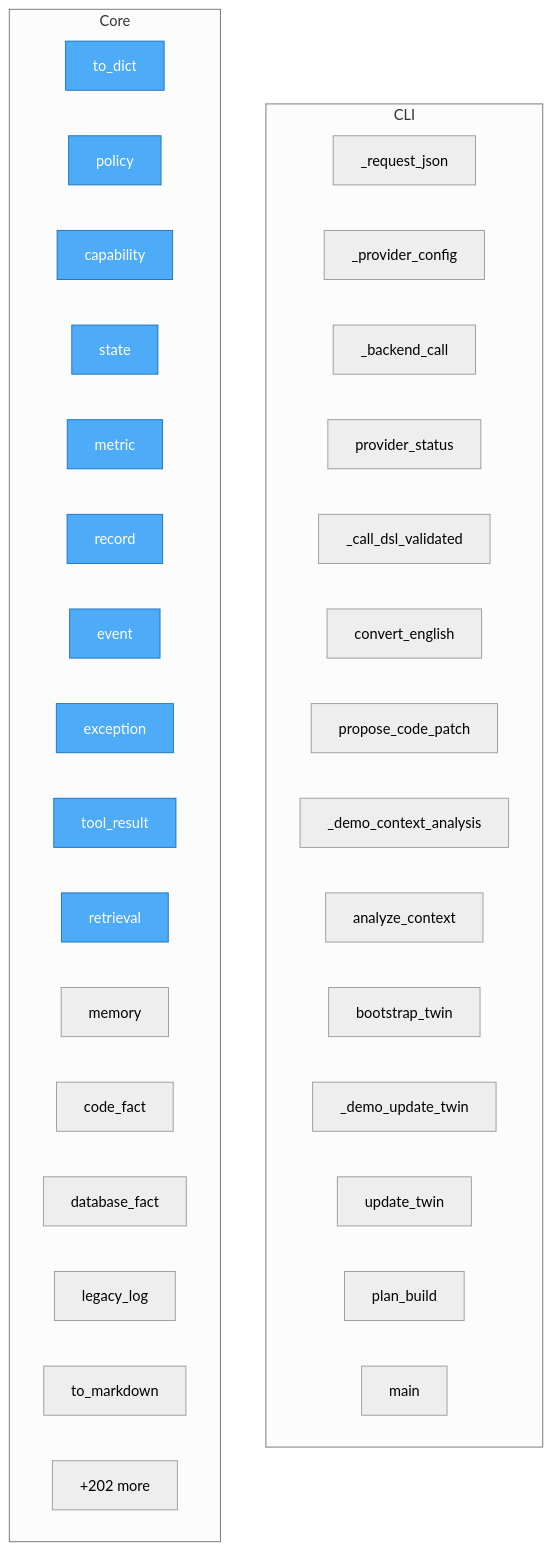
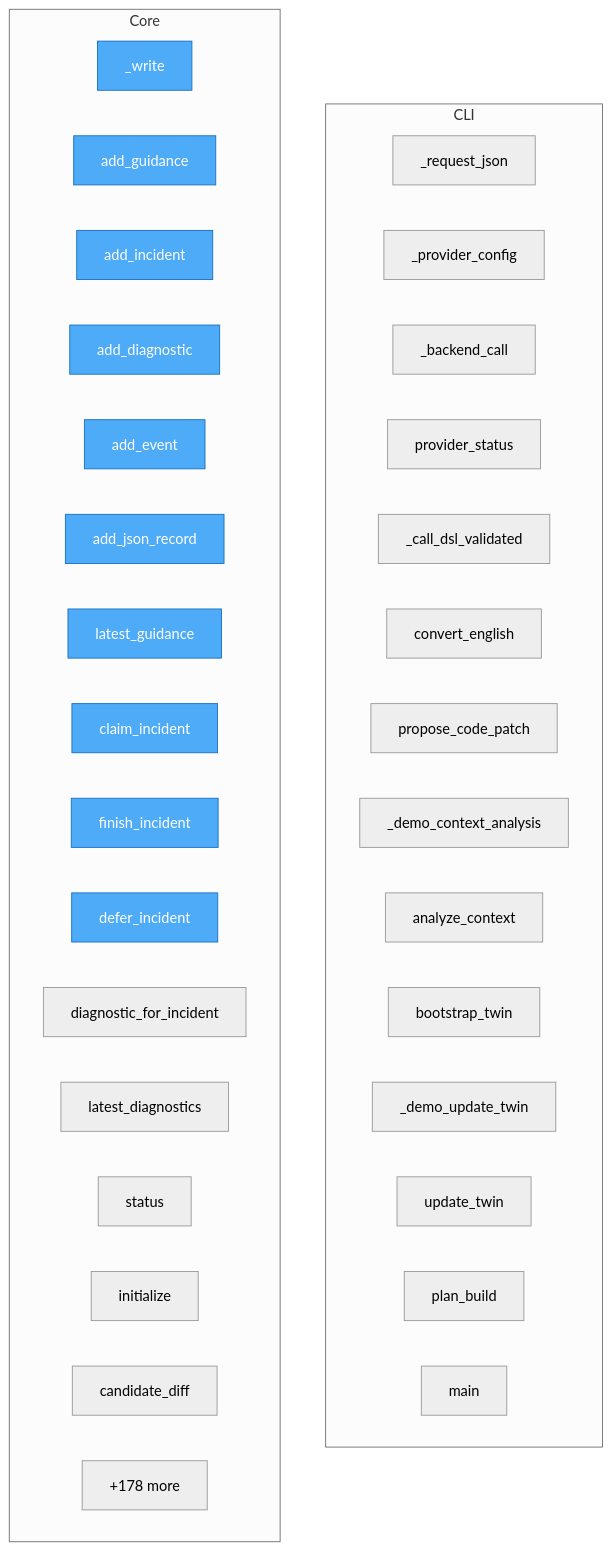
The diagram in project/flow.mmd (tom-sapletta-com/onlyDSL), drawn with Mermaid (neutral theme) before and after one commit. The commit also changed 44 other files, not shown here.

```diff
--- a/project/flow.mmd
+++ b/project/flow.mmd
@@ -1,43 +1,43 @@
 flowchart TD
 %% generated in 0.02s
 
     %% Entry points (blue)
     classDef entry fill:#4dabf7,stroke:#1971c2,color:#fff
 
     subgraph CLI
         llm_client___request_json["_request_json"]
         llm_client___provider_config["_provider_config"]
         llm_client___backend_call["_backend_call"]
         llm_client__provider_status["provider_status"]
         llm_client___call_dsl_validated["_call_dsl_validated"]
         llm_client__convert_english["convert_english"]
         llm_client__propose_code_patch["propose_code_patch"]
         llm_client___demo_context_analysis["_demo_context_analysis"]
         llm_client__analyze_context["analyze_context"]
         llm_client__bootstrap_twin["bootstrap_twin"]
         llm_client___demo_update_twin["_demo_update_twin"]
         llm_client__update_twin["update_twin"]
         llm_client__plan_build["plan_build"]
         onlydsl__cli__main["main"]
     end
 
     subgraph Core
-        contextdsl__ContextDocument__to_dict["to_dict"]
-        contextdsl__ContextCompiler__policy["policy"]
-        contextdsl__ContextCompiler__capability["capability"]
-        contextdsl__ContextCompiler__state["state"]
-        contextdsl__ContextCompiler__metric["metric"]
-        contextdsl__ContextCompiler__record["record"]
-        contextdsl__ContextCompiler__event["event"]
-        contextdsl__ContextCompiler__exception["exception"]
-        contextdsl__ContextCompiler__tool_result["tool_result"]
-        contextdsl__ContextCompiler__retrieval["retrieval"]
-        contextdsl__ContextCompiler__memory["memory"]
-        contextdsl__ContextCompiler__code_fact["code_fact"]
-        contextdsl__ContextCompiler__database_fact["database_fact"]
-        contextdsl__ContextCompiler__legacy_log["legacy_log"]
-        contextdsl__ContextCompiler__to_markdown["to_markdown"]
-        ...["+202 more"]
+        evolution__EvolutionStore___write["_write"]
+        evolution__EvolutionStore__add_guidance["add_guidance"]
+        evolution__EvolutionStore__add_incident["add_incident"]
+        evolution__EvolutionStore__add_diagnostic["add_diagnostic"]
+        evolution__EvolutionStore__add_event["add_event"]
+        evolution__EvolutionStore__add_json_record["add_json_record"]
+        evolution__EvolutionStore__latest_guidance["latest_guidance"]
+        evolution__EvolutionStore__claim_incident["claim_incident"]
+        evolution__EvolutionStore__finish_incident["finish_incident"]
+        evolution__EvolutionStore__defer_incident["defer_incident"]
+        evolution__EvolutionStore__diagnostic_for_incident["diagnostic_for_incident"]
+        evolution__EvolutionStore__latest_diagnostics["latest_diagnostics"]
+        evolution__EvolutionStore__status["status"]
+        packages__onlydsl_ssot__src__onlydsl_ssot__writer__SsotStore__initialize["initialize"]
+        packages__onlydsl_ssot__src__onlydsl_ssot__writer__SsotStore__candidate_diff["candidate_diff"]
+        ...["+178 more"]
     end
 
-    class contextdsl__ContextDocument__to_dict,contextdsl__ContextCompiler__policy,contextdsl__ContextCompiler__capability,contextdsl__ContextCompiler__state,contextdsl__ContextCompiler__metric,contextdsl__ContextCompiler__record,contextdsl__ContextCompiler__event,contextdsl__ContextCompiler__exception,contextdsl__ContextCompiler__tool_result,contextdsl__ContextCompiler__retrieval entry
+    class evolution__EvolutionStore___write,evolution__EvolutionStore__add_guidance,evolution__EvolutionStore__add_incident,evolution__EvolutionStore__add_diagnostic,evolution__EvolutionStore__add_event,evolution__EvolutionStore__add_json_record,evolution__EvolutionStore__latest_guidance,evolution__EvolutionStore__claim_incident,evolution__EvolutionStore__finish_incident,evolution__EvolutionStore__defer_incident entry
```
